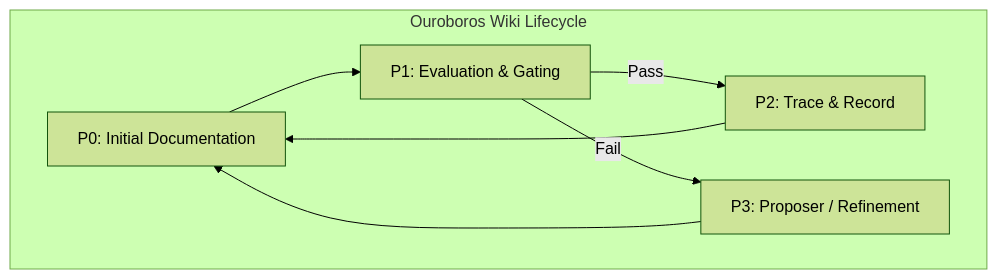
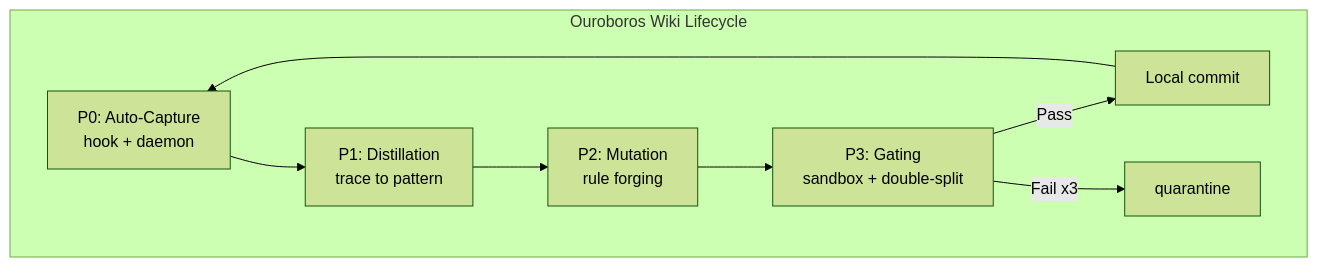
The diagram in 60-WikiSkill-Ouroboros/README.md (lordmahonheim-bot/Tesla-Antigravity-CLI), drawn with Mermaid (forest theme) before and after one commit. The commit also changed other lines of this file and 21 other files, not shown here.

First line of the commit message:
[WikiSkill] Ouroboros Zero-Touch: auto-capture sans orchestrateur (hook + daemon + cycle A-D)

````diff
--- a/60-WikiSkill-Ouroboros/README.md
+++ b/60-WikiSkill-Ouroboros/README.md
@@ -9,11 +9,12 @@
 ```mermaid
 graph TD
-    %% Ouroboros Cycle
+    %% Ouroboros Cycle — v2 Zero-Touch
     subgraph Ouroboros [Ouroboros Wiki Lifecycle]
-        P0[P0: Initial Documentation] --> P1[P1: Evaluation & Gating]
-        P1 -->|Pass| P2[P2: Trace & Record]
-        P1 -->|Fail| P3[P3: Proposer / Refinement]
-        P3 --> P0
-        P2 --> P0
+        P0[P0: Auto-Capture<br/>hook + daemon] --> P1[P1: Distillation<br/>trace to pattern]
+        P1 --> P2[P2: Mutation<br/>rule forging]
+        P2 --> P3[P3: Gating<br/>sandbox + double-split]
+        P3 -->|Pass| C[Local commit]
+        P3 -->|Fail x3| Q[quarantine]
+        C --> P0
     end
 ```
````
